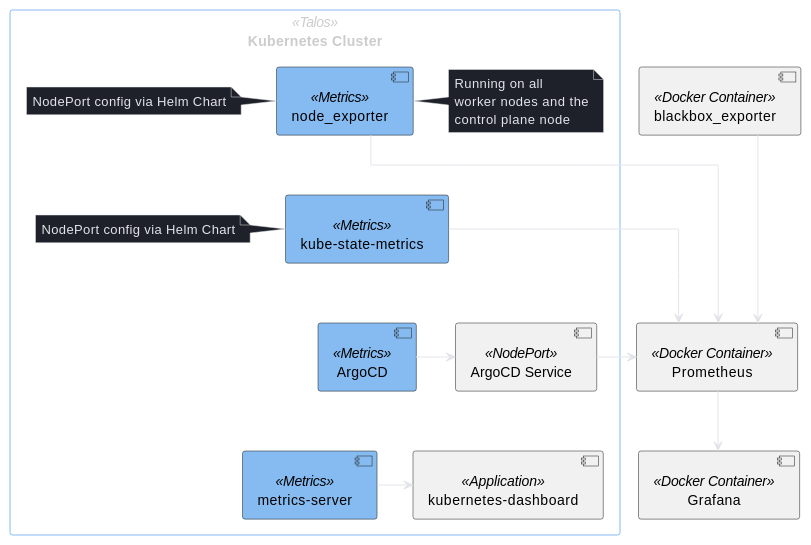
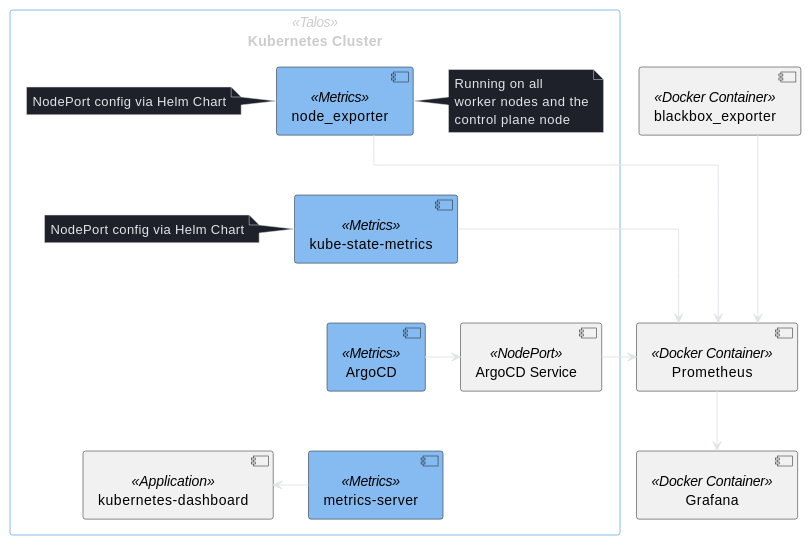
Before and after one commit to sommerfeld-io/configs-homelab: the diagram in docs/nodes/talos-cluster/monitoring-logging.md, drawn with PlantUML. The commit also changed other lines of this file and 10 other files, not shown here.

````diff
--- a/docs/nodes/talos-cluster/monitoring-logging.md
+++ b/docs/nodes/talos-cluster/monitoring-logging.md
@@ -12,55 +12,55 @@
 ```kroki-plantuml
 @startuml
 
 skinparam linetype ortho
 skinparam backgroundColor transparent
 skinparam fontColor #E2E4E9
 
 skinparam arrowColor #E2E4E9
 skinparam ArrowFontColor #E2E4E9
 
 skinparam RectangleFontColor #ccc
 skinparam RectangleBorderColor #85BBF0
 
 skinparam NoteFontColor #E2E4E9
 skinparam NoteBorderColor #E2E4E9
 skinparam NoteBackgroundColor #1E2129
 
 skinparam activity {
     'FontName Ubuntu
     FontName Roboto
 }
 
 rectangle k8s as "Kubernetes Cluster" <<Talos>> {
     component node_exporter <<Metrics>> #85BBF0
     component argo as "ArgoCD" <<Metrics>> #85BBF0
     component argo_svc as "ArgoCD Service" <<NodePort>>
     component ksm as "kube-state-metrics" <<Metrics>> #85BBF0
     component ms as "metrics-server" <<Metrics>> #85BBF0
     component dash as "kubernetes-dashboard" <<Application>>
 
     node_exporter -[hidden]down- ksm
     ksm -[hidden]down- argo
     argo -[hidden]down- ms
 
     argo -right-> argo_svc
-    ms -right-> dash
+    ms -left-> dash
 
     note right of node_exporter: Running on all\nworker nodes and the\ncontrol plane node
     note left of node_exporter: NodePort config via Helm Chart
     note left of ksm: NodePort config via Helm Chart
 }
 
 component p as "Prometheus" <<Docker Container>>
 component g as "Grafana" <<Docker Container>>
 component be as "blackbox_exporter" <<Docker Container>>
 
 node_exporter -right-> p
 argo_svc -right-> p
 ksm -right-> p
 
 be -down--> p
 p -down-> g
 
 @enduml
 ```
````
